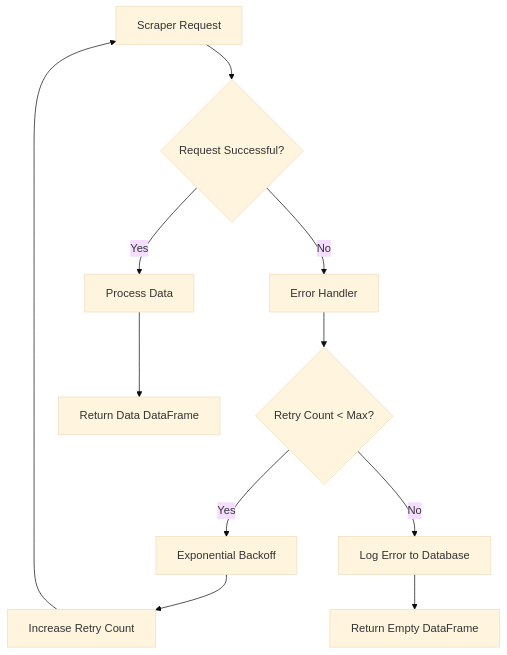
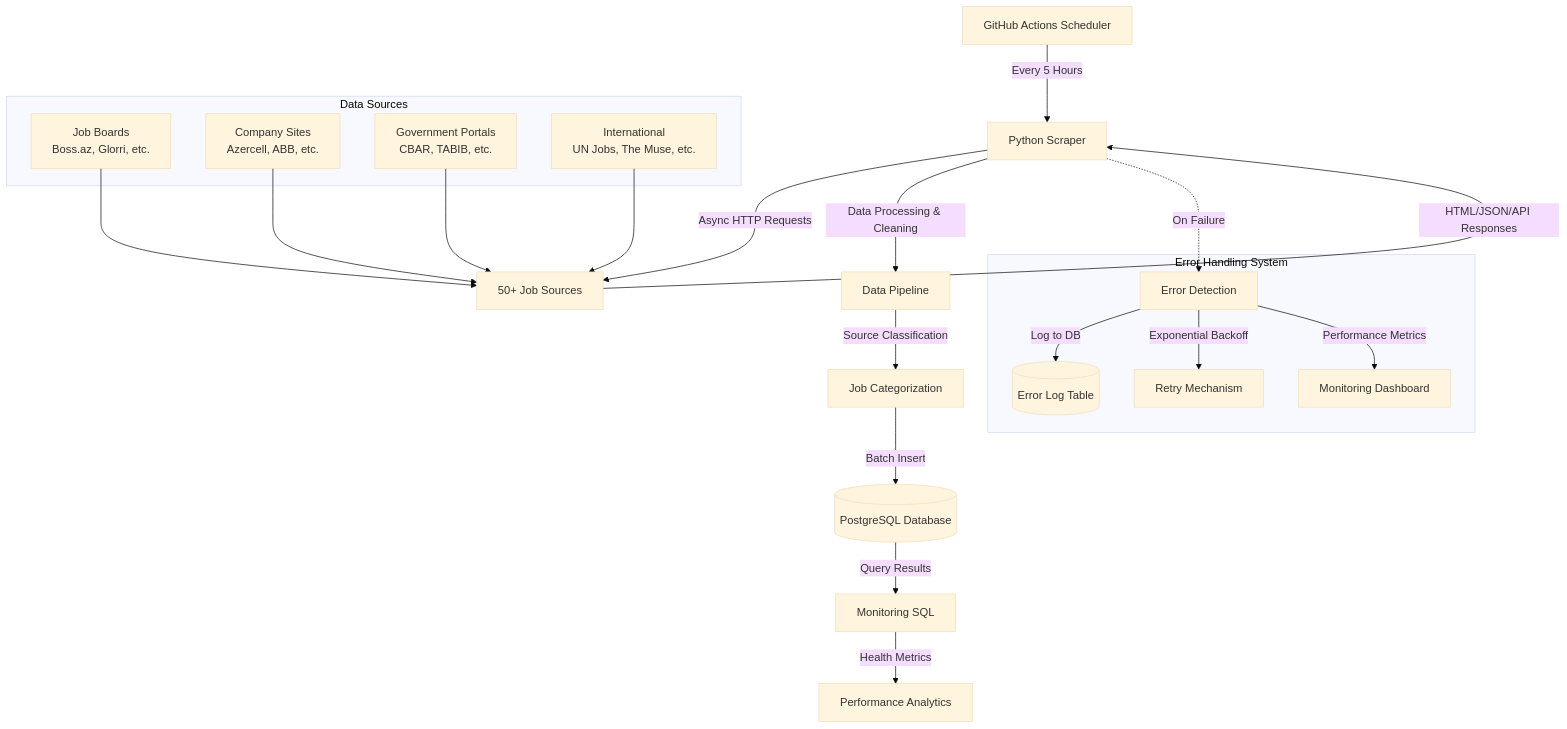
The second of 2 diagrams in README.md (scraper-bots/knowledge-share), drawn with Mermaid (base theme) before and after one commit. The commit also changed other lines of this file, not shown here.

````diff
--- a/README.md
+++ b/README.md
@@ -80,13 +308,31 @@
 ```mermaid
-flowchart TD
-    A[Scraper Request] --> B{Request Successful?}
-    B -->|Yes| C[Process Data]
-    B -->|No| D[Error Handler]
-    D --> E{Retry Count < Max?}
-    E -->|Yes| F[Exponential Backoff]
-    F --> G[Increase Retry Count]
-    G --> A
-    E -->|No| H[Log Error to Database]
-    H --> I[Return Empty DataFrame]
-    C --> J[Return Data DataFrame]
+graph TD
+    A[GitHub Actions Scheduler] -->|Every 5 Hours| B[Python Scraper]
+    B -->|Async HTTP Requests| C[50+ Job Sources]
+    C -->|HTML/JSON/API Responses| B
+    B -->|Data Processing & Cleaning| D[Data Pipeline]
+    D -->|Source Classification| E[Job Categorization]
+    E -->|Batch Insert| F[(PostgreSQL Database)]
+    
+    subgraph "Error Handling System"
+        G[Error Detection] -->|Log to DB| H[(Error Log Table)]
+        G -->|Exponential Backoff| I[Retry Mechanism]
+        G -->|Performance Metrics| J[Monitoring Dashboard]
+    end
+    
+    B -.->|On Failure| G
+    F -->|Query Results| K[Monitoring SQL]
+    K -->|Health Metrics| L[Performance Analytics]
+    
+    subgraph "Data Sources"
+        M[Job Boards<br/>Boss.az, Glorri, etc.]
+        N[Company Sites<br/>Azercell, ABB, etc.]
+        O[Government Portals<br/>CBAR, TABIB, etc.]
+        P[International<br/>UN Jobs, The Muse, etc.]
+    end
+    
+    M --> C
+    N --> C
+    O --> C
+    P --> C
 ```
````
